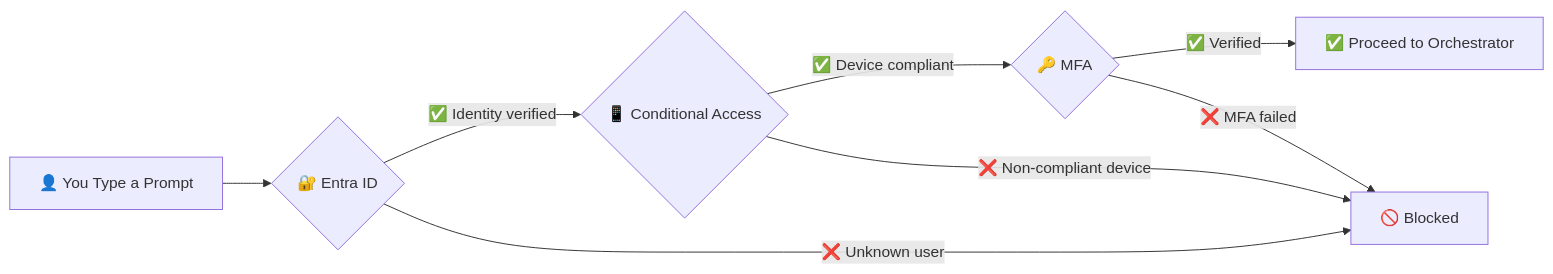
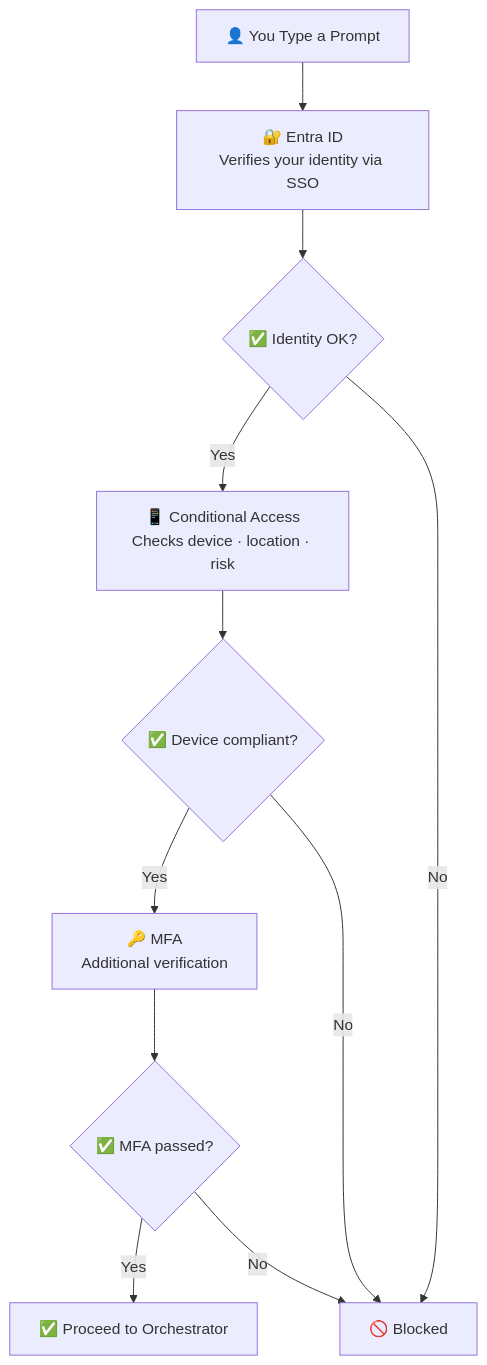
Before and after one commit to susanthgit/aguidetocloud-revamp: the second of 8 diagrams in content/blog/how-microsoft-365-copilot-works-layer-by-layer.md, drawn with Mermaid. The commit also changed other lines of this file, not shown here.

First line of the commit message:
improve: SME review — fix Mermaid diagrams + add TL;DR + misconceptions

````diff
--- a/content/blog/how-microsoft-365-copilot-works-layer-by-layer.md
+++ b/content/blog/how-microsoft-365-copilot-works-layer-by-layer.md
@@ -133,10 +145,13 @@
 ```mermaid
-flowchart LR
-    A["👤 You Type a Prompt"] --> B{"🔐 Entra ID"}
-    B -->|"✅ Identity verified"| C{"📱 Conditional Access"}
-    C -->|"✅ Device compliant"| D{"🔑 MFA"}
-    D -->|"✅ Verified"| E["✅ Proceed to Orchestrator"]
-    B -->|"❌ Unknown user"| F["🚫 Blocked"]
-    C -->|"❌ Non-compliant device"| F
-    D -->|"❌ MFA failed"| F
+flowchart TD
+    A["👤 You Type a Prompt"] --> B["🔐 Entra ID<br/>Verifies your identity via SSO"]
+    B --> C{"✅ Identity OK?"}
+    C -->|"Yes"| D["📱 Conditional Access<br/>Checks device · location · risk"]
+    C -->|"No"| H["🚫 Blocked"]
+    D --> E{"✅ Device compliant?"}
+    E -->|"Yes"| F["🔑 MFA<br/>Additional verification"]
+    E -->|"No"| H
+    F --> G{"✅ MFA passed?"}
+    G -->|"Yes"| I["✅ Proceed to Orchestrator"]
+    G -->|"No"| H
 ```
````
